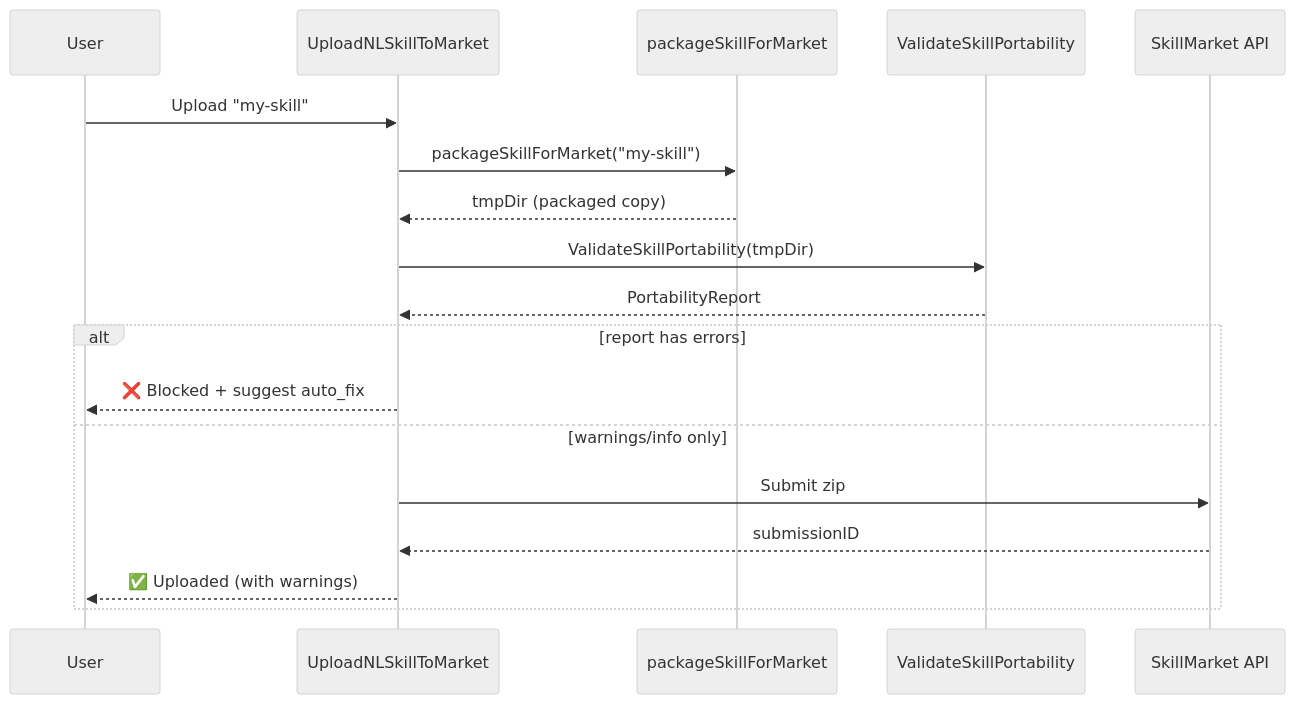
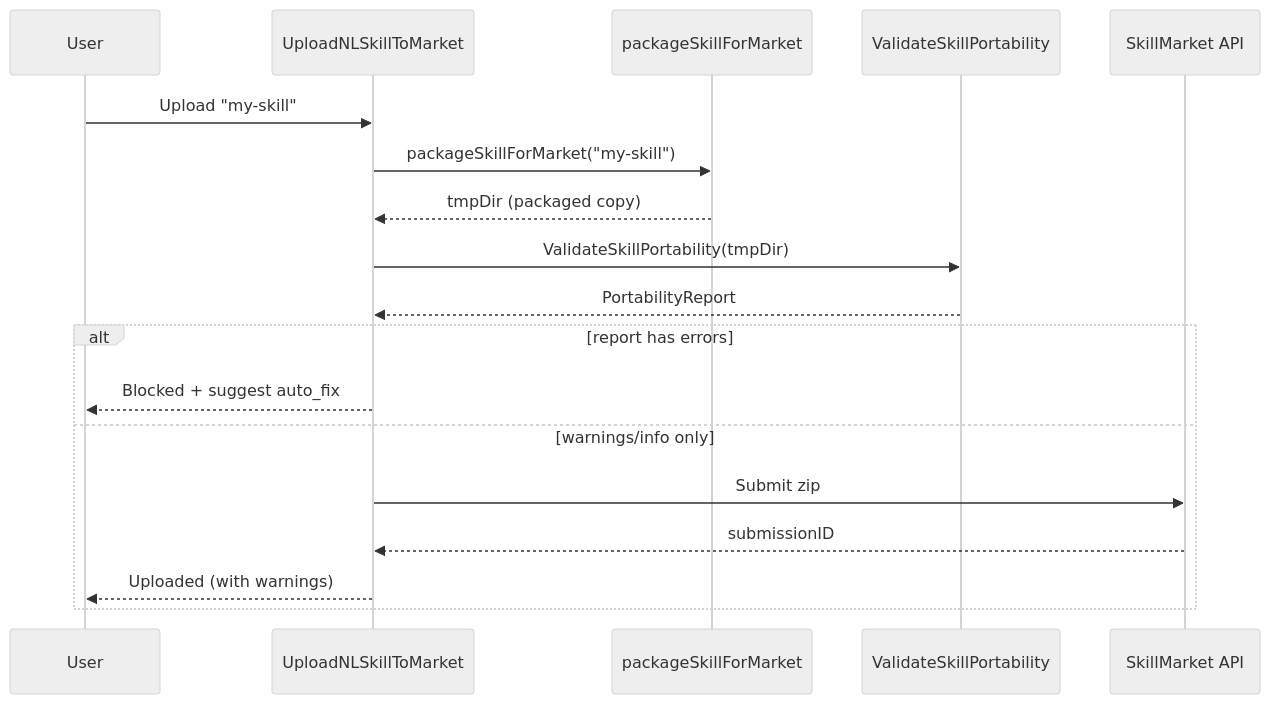
The third of 3 diagrams in .kiro/specs/skill-market-portability/design.md (RapidAI/MaClaw), drawn with Mermaid (neutral theme) before and after one commit. The commit also changed other lines of this file and 1135 other files, not shown here.

````diff
--- a/.kiro/specs/skill-market-portability/design.md
+++ b/.kiro/specs/skill-market-portability/design.md
@@ -72,21 +72,21 @@
 ```mermaid
 sequenceDiagram
     participant User
     participant Upload as UploadNLSkillToMarket
     participant Pkg as packageSkillForMarket
     participant V as ValidateSkillPortability
     participant Market as SkillMarket API
 
     User->>Upload: Upload "my-skill"
     Upload->>Pkg: packageSkillForMarket("my-skill")
     Pkg-->>Upload: tmpDir (packaged copy)
     Upload->>V: ValidateSkillPortability(tmpDir)
     V-->>Upload: PortabilityReport
     alt report has errors
-        Upload-->>User: ❌ Blocked + suggest auto_fix
+        Upload-->>User: Blocked + suggest auto_fix
     else warnings/info only
         Upload->>Market: Submit zip
         Market-->>Upload: submissionID
-        Upload-->>User: ✅ Uploaded (with warnings)
+        Upload-->>User: Uploaded (with warnings)
     end
 ```
````
